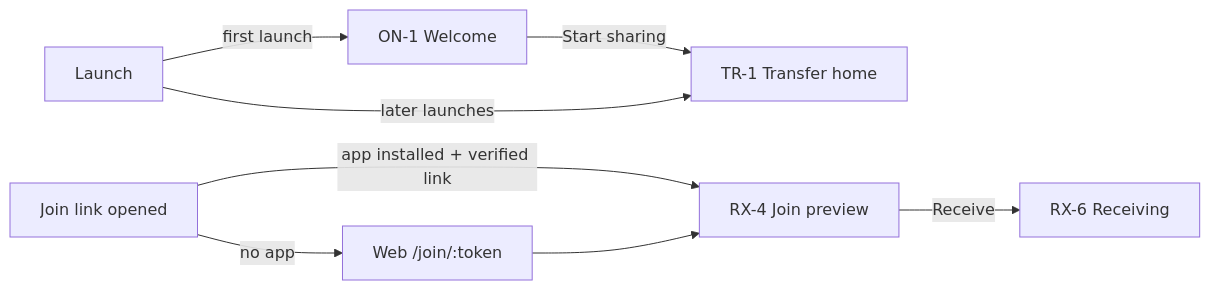
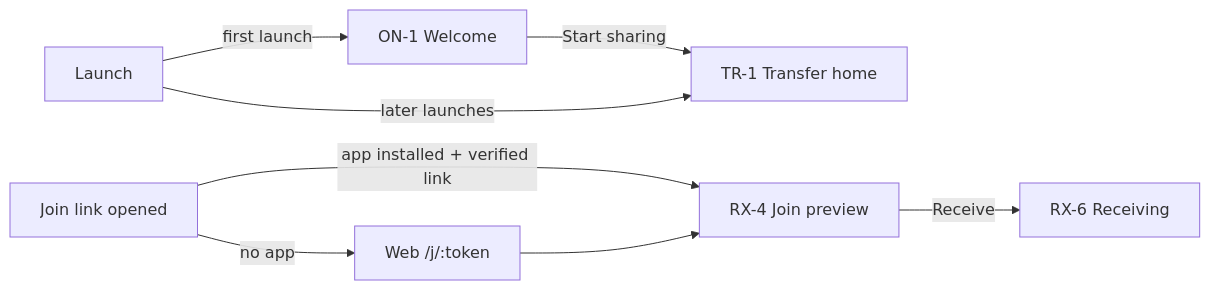
One commit to Juliolayme/share_anywhere changed the diagram in docs/UX_SCREEN_MAP.md. Above: the diagram before and after it, drawn with Mermaid. The commit also changed other lines of this file and 46 other files, not shown here.

````diff
--- a/docs/UX_SCREEN_MAP.md
+++ b/docs/UX_SCREEN_MAP.md
@@ -20,8 +20,8 @@
 ```mermaid
 flowchart LR
   L[Launch] -->|first launch| W[ON-1 Welcome] -->|Start sharing| H[TR-1 Transfer home]
   L -->|later launches| H
   J[Join link opened] -->|app installed + verified link| P[RX-4 Join preview]
-  J -->|no app| WP[Web /join/:token] --> P
+  J -->|no app| WP[Web /j/:token] --> P
   P -->|Receive| G[RX-6 Receiving]
 ```
````
